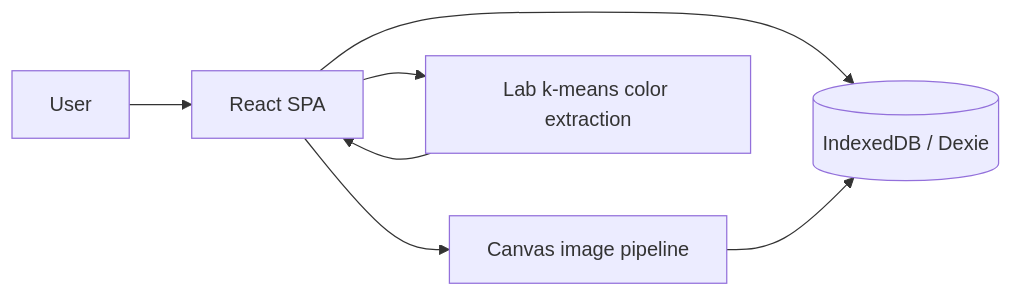
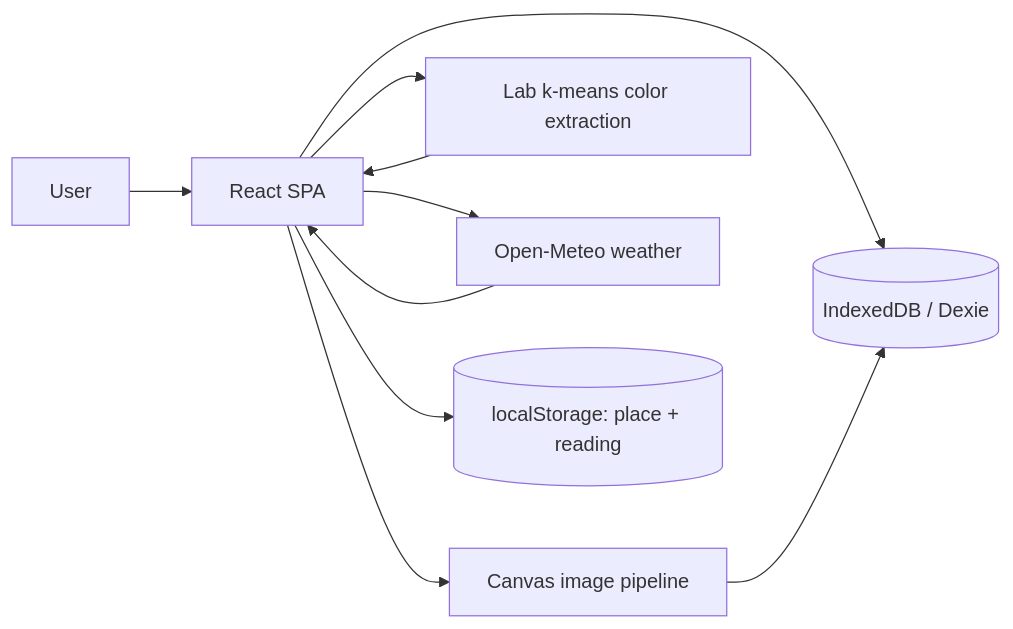
The first of 2 diagrams in docs/architecture.md (hanandibud/wardrobe), drawn with Mermaid before and after one commit. The commit also changed other lines of this file and 11 other files, not shown here.

Commit message:
feat(weather): dress for today with Open-Meteo

````diff
--- a/docs/architecture.md
+++ b/docs/architecture.md
@@ -5,9 +5,12 @@
 ```mermaid
 flowchart LR
   U[User] --> UI[React SPA]
   UI --> DB[(IndexedDB / Dexie)]
   UI --> IMG[Canvas image pipeline]
   IMG --> DB
   UI --> COLOR[Lab k-means color extraction]
   COLOR --> UI
+  UI --> WX[Open-Meteo weather]
+  WX --> UI
+  UI --> LS[(localStorage: place + reading)]
 ```
````
